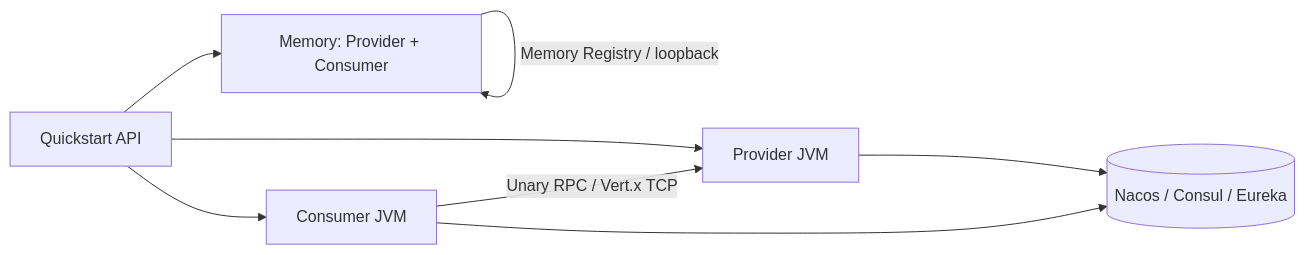
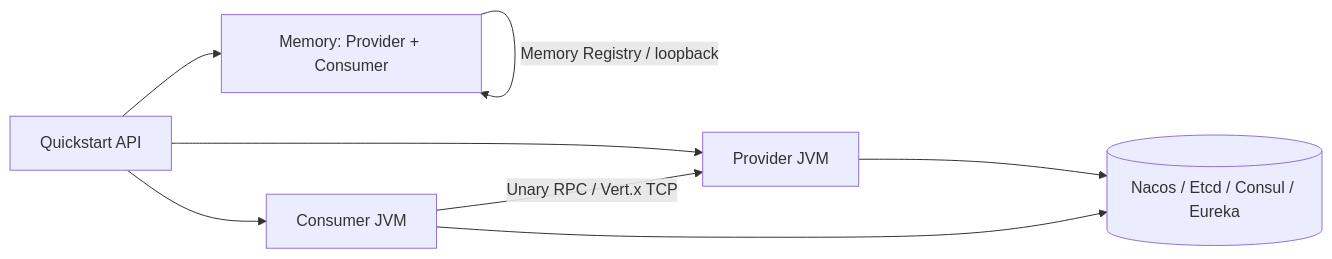
The first of 3 diagrams in otryx-quickstart/README.en-US.md (Ryan-Guizhou/otryx-rpc), drawn with Mermaid before and after one commit. The commit also changed other lines of this file and 164 other files, not shown here.

````diff
--- a/otryx-quickstart/README.en-US.md
+++ b/otryx-quickstart/README.en-US.md
@@ -21,10 +21,10 @@
 ```mermaid
 flowchart LR
     A[Quickstart API] --> M["Memory: Provider + Consumer"]
     A --> P[Provider JVM]
     A --> C[Consumer JVM]
-    P --> N[(Nacos / Consul / Eureka)]
+    P --> N[(Nacos / Etcd / Consul / Eureka)]
     C --> N
     C -->|Unary RPC / Vert.x TCP| P
     M -->|Memory Registry / loopback| M
 ```
````
